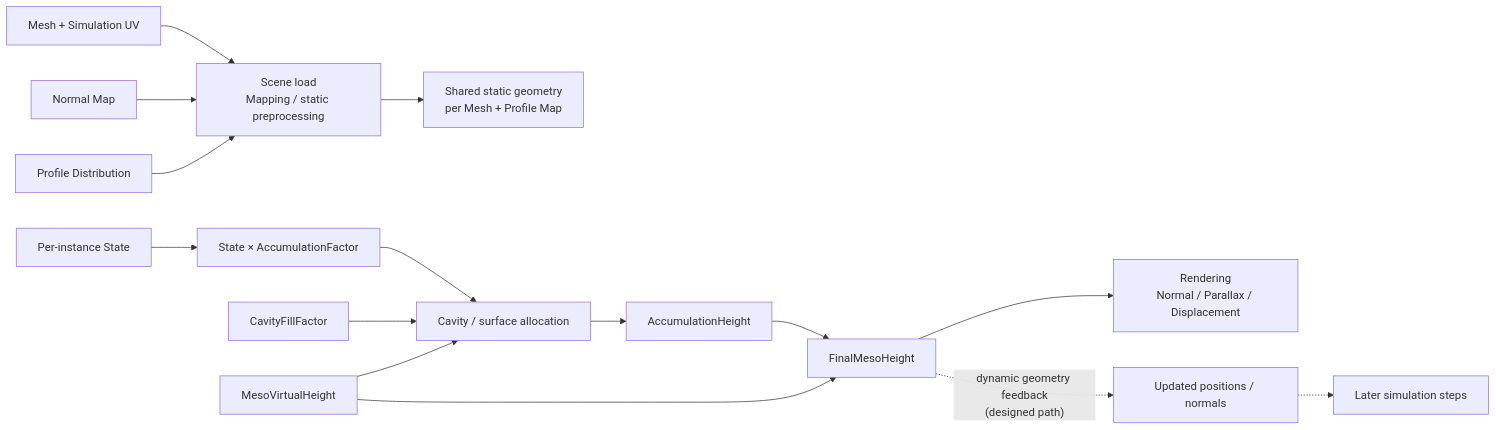
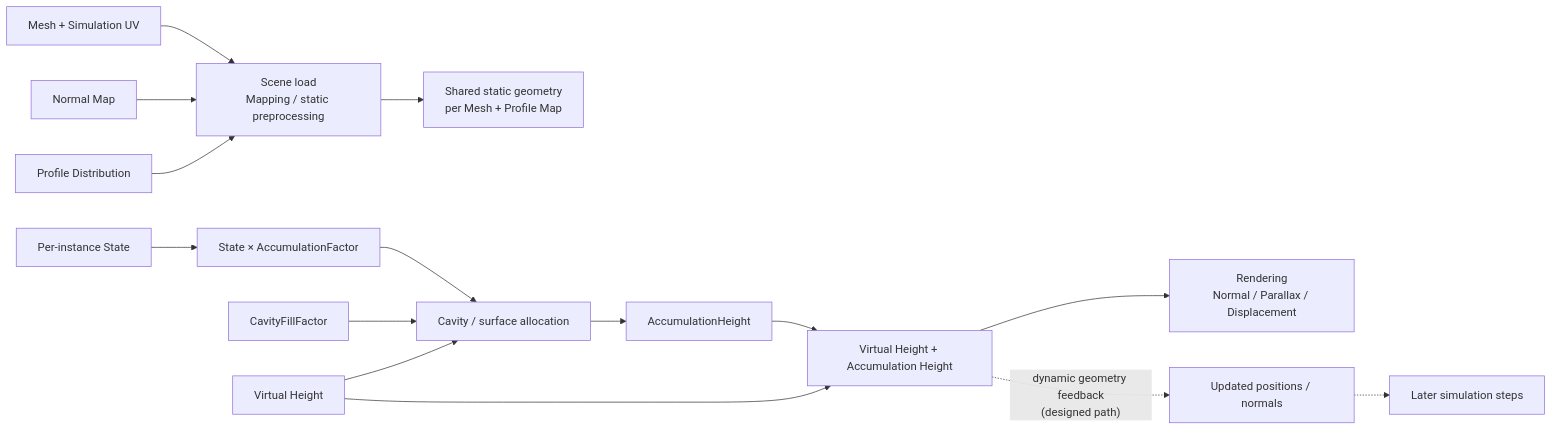
One commit to Yonaim/Material-Dependent-Surface-State-Engine changed the first of 4 diagrams in Docs/MDSSP-Vault/04_Architecture/0004_Surface-Geometry.md. Above: the diagram before and after it, drawn with Mermaid. The commit also changed other lines of this file and 35 other files, not shown here.

Commit message:
Docs: Virtual Meso Geometry 용어와 형상 설명 정리

````diff
--- a/Docs/MDSSP-Vault/04_Architecture/0004_Surface-Geometry.md
+++ b/Docs/MDSSP-Vault/04_Architecture/0004_Surface-Geometry.md
@@ -18,18 +18,18 @@
 ```mermaid
 flowchart LR
   Mesh["Mesh + Simulation UV"] --> Preprocess["Scene load\nMapping / static preprocessing"]
   NormalMap["Normal Map"] --> Preprocess
   ProfileMap["Profile Distribution"] --> Preprocess
   Preprocess --> Shared["Shared static geometry\nper Mesh + Profile Map"]
 
   State["Per-instance State"] --> Amount["State × AccumulationFactor"]
   Profile["CavityFillFactor"] --> Split["Cavity / surface allocation"]
   Amount --> Split
-  Geometry["MesoVirtualHeight"] --> Split
+  Geometry["Virtual Height"] --> Split
   Split --> Accumulation["AccumulationHeight"]
-  Geometry --> Final["FinalMesoHeight"]
+  Geometry --> Final["Virtual Height + Accumulation Height"]
   Accumulation --> Final
   Final --> Render["Rendering\nNormal / Parallax / Displacement"]
   Final -. "dynamic geometry feedback\n(designed path)" .-> Updated["Updated positions / normals"]
   Updated -.-> Simulation["Later simulation steps"]
 ```
````
